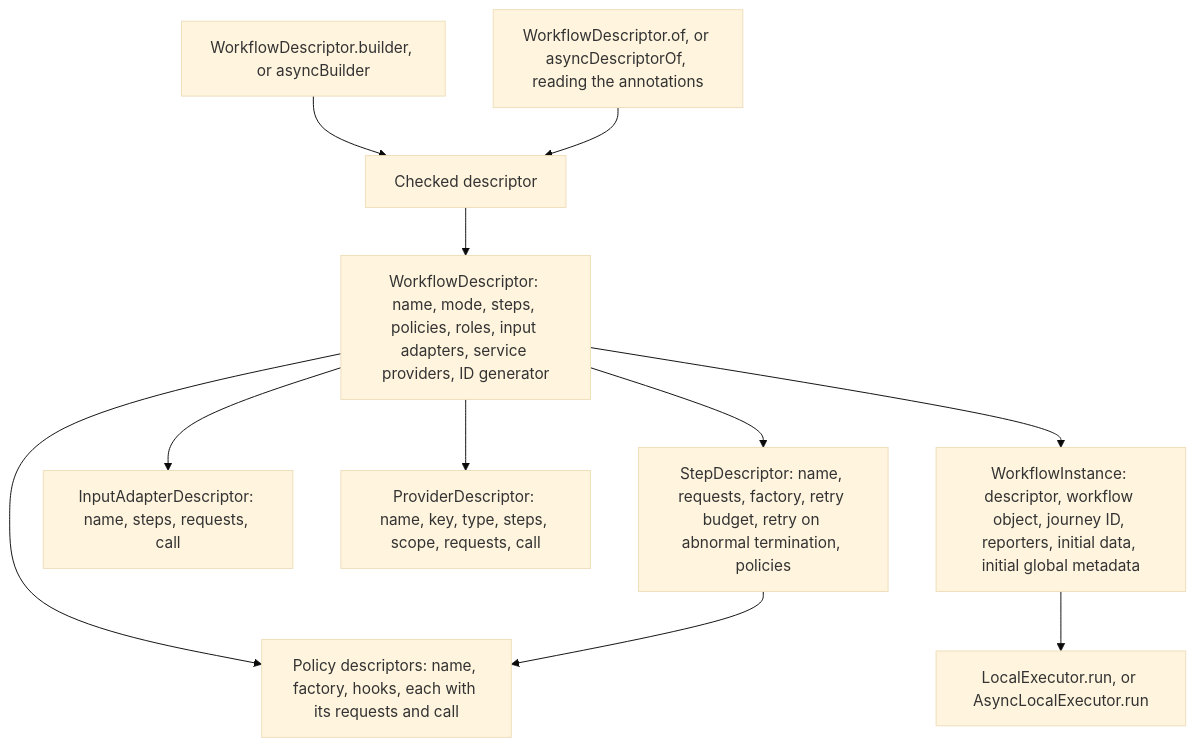
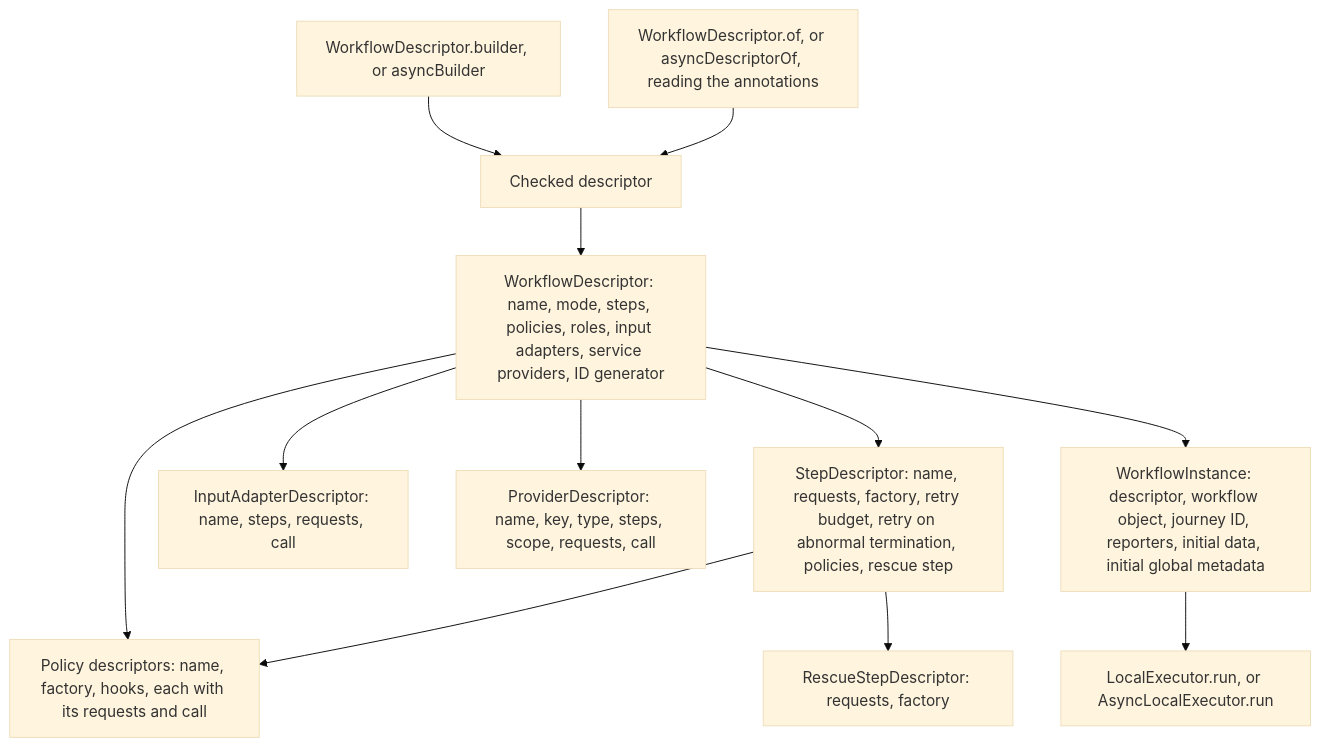
Before and after one commit to itinera-dev/itinera-j: the second of 4 diagrams in docs/architecture.md, drawn with Mermaid (base theme). The commit also changed other lines of this file and 39 other files, not shown here.

````diff
--- a/docs/architecture.md
+++ b/docs/architecture.md
@@ -46,15 +46,16 @@
 ```mermaid
 flowchart TD
     accTitle: What a workflow descriptor and an instance hold
-    accDescr: A workflow descriptor holds its name, its mode, its step descriptors in order, its workflow policies in order, the roles it provides, its input adapters, its service providers and its journey ID generator. A step descriptor holds the step's name, its requests in order, its factory, its retry budget, whether it retries an abnormal termination and its step policies in order. Its factory reads each request's answer from the Got it is given. A policy descriptor holds the policy's name, its factory and each hook it defines, with the hook's requests in order and its call. An input adapter descriptor holds the adapter's name, the steps it is attached to, its requests in order and its call. A service provider descriptor holds the provider's name, the key and type of the service it supplies, the steps it is attached to, its scope, its requests in order and its call. The builder of each mode, and the annotation reader of each mode through the same checks, make a checked descriptor. An instance holds the descriptor beside the workflow object, its journey ID, its reporters, its initial data and its initial global metadata. The executor of the instance's mode, LocalExecutor or AsyncLocalExecutor, runs it.
+    accDescr: A workflow descriptor holds its name, its mode, its step descriptors in order, its workflow policies in order, the roles it provides, its input adapters, its service providers and its journey ID generator. A step descriptor holds the step's name, its requests in order, its factory, its retry budget, whether it retries an abnormal termination, its step policies in order and its rescue step, if it has one. A rescue step descriptor holds the rescue step's requests in order and its factory. Its factory reads each request's answer from the Got it is given. A policy descriptor holds the policy's name, its factory and each hook it defines, with the hook's requests in order and its call. An input adapter descriptor holds the adapter's name, the steps it is attached to, its requests in order and its call. A service provider descriptor holds the provider's name, the key and type of the service it supplies, the steps it is attached to, its scope, its requests in order and its call. The builder of each mode, and the annotation reader of each mode through the same checks, make a checked descriptor. An instance holds the descriptor beside the workflow object, its journey ID, its reporters, its initial data and its initial global metadata. The executor of the instance's mode, LocalExecutor or AsyncLocalExecutor, runs it.
     builder["WorkflowDescriptor.builder, or asyncBuilder"] --> checked["Checked descriptor"]
     annotated["WorkflowDescriptor.of, or asyncDescriptorOf, reading the annotations"] --> checked
     checked --> descriptor["WorkflowDescriptor: name, mode, steps, policies, roles, input adapters, service providers, ID generator"]
-    descriptor --> step["StepDescriptor: name, requests, factory, retry budget, retry on abnormal termination, policies"]
+    descriptor --> step["StepDescriptor: name, requests, factory, retry budget, retry on abnormal termination, policies, rescue step"]
     descriptor --> policy["Policy descriptors: name, factory, hooks, each with its requests and call"]
     step --> policy
+    step --> rescue["RescueStepDescriptor: requests, factory"]
     descriptor --> adapter["InputAdapterDescriptor: name, steps, requests, call"]
     descriptor --> provider["ProviderDescriptor: name, key, type, steps, scope, requests, call"]
     descriptor --> instance["WorkflowInstance: descriptor, workflow object, journey ID, reporters, initial data, initial global metadata"]
     instance --> executor["LocalExecutor.run, or AsyncLocalExecutor.run"]
 ```
````
